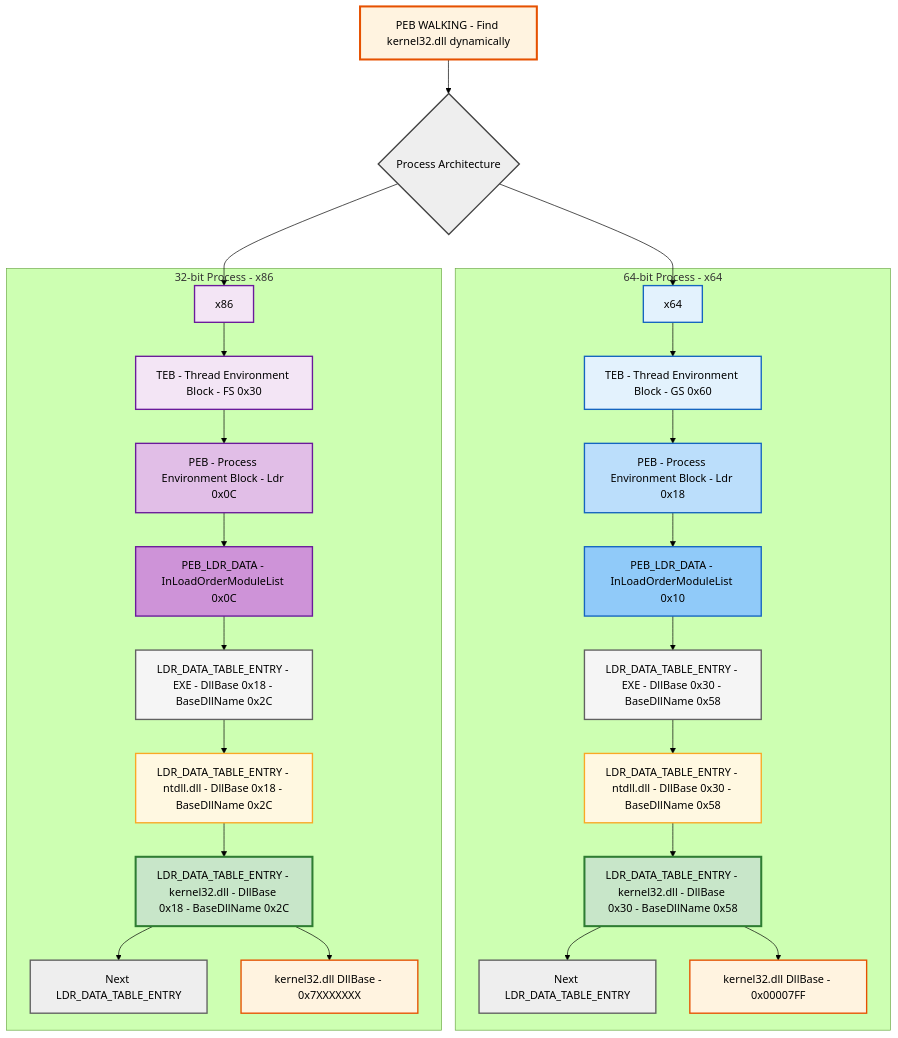
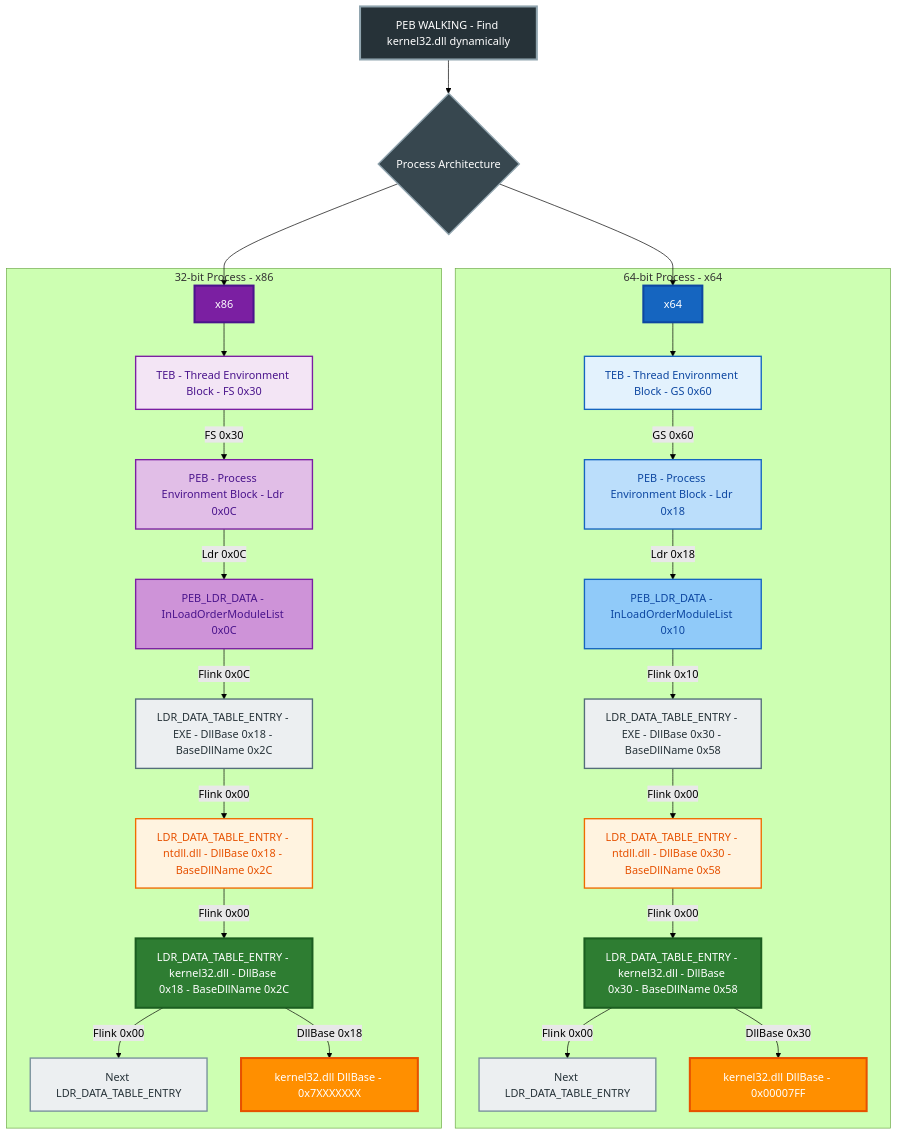
Before and after one commit to adolfcna/ATTvDEF: the second of 2 diagrams in content/Mitre Attack/Resource Development TA0042/Develop Capabilities T1587/Exploit/ShellCode/Windows x64 Assembly.md, drawn with Mermaid (forest theme).

Commit message:
vault backup: 2026-10-06 23:03:36

````diff
--- a/content/Mitre Attack/Resource Development TA0042/Develop Capabilities T1587/Exploit/ShellCode/Windows x64 Assembly.md
+++ b/content/Mitre Attack/Resource Development TA0042/Develop Capabilities T1587/Exploit/ShellCode/Windows x64 Assembly.md
@@ -168,6 +168,7 @@
 START --> ARCH
 ARCH --> X64_START
 ARCH --> X86_START
+
 
 subgraph X64["64-bit Process - x64"]
 
@@ -185,15 +186,16 @@
 BASE64["kernel32.dll DllBase - 0x00007FF"]
 
 X64_START --> TEB64
-TEB64 --> PEB64
-PEB64 --> LDR64
-LDR64 --> EXE64
-EXE64 --> NTDLL64
-NTDLL64 --> K3264
-K3264 --> NEXT64
-K3264 --> BASE64
+TEB64 -->|"GS 0x60"| PEB64
+PEB64 -->|"Ldr 0x18"| LDR64
+LDR64 -->|"Flink 0x10"| EXE64
+EXE64 -->|"Flink 0x00"| NTDLL64
+NTDLL64 -->|"Flink 0x00"| K3264
+K3264 -->|"Flink 0x00"| NEXT64
+K3264 -->|"DllBase 0x30"| BASE64
 
 end
+
 
 subgraph X86["32-bit Process - x86"]
 
@@ -211,45 +213,37 @@
 BASE32["kernel32.dll DllBase - 0x7XXXXXXX"]
 
 X86_START --> TEB32
-TEB32 --> PEB32
-PEB32 --> LDR32
-LDR32 --> EXE32
-EXE32 --> NTDLL32
-NTDLL32 --> K3232
-K3232 --> NEXT32
-K3232 --> BASE32
+TEB32 -->|"FS 0x30"| PEB32
+PEB32 -->|"Ldr 0x0C"| LDR32
+LDR32 -->|"Flink 0x0C"| EXE32
+EXE32 -->|"Flink 0x00"| NTDLL32
+NTDLL32 -->|"Flink 0x00"| K3232
+K3232 -->|"Flink 0x00"| NEXT32
+K3232 -->|"DllBase 0x18"| BASE32
 
 end
 
 
-%% =========================
-%% Styling
-%% =========================
+style START fill:#263238,stroke:#90A4AE,stroke-width:3px,color:#FFFFFF
+style ARCH fill:#37474F,stroke:#90A4AE,stroke-width:2px,color:#FFFFFF
 
-style START fill:#fff3e0,stroke:#e65100,stroke-width:3px
-style ARCH fill:#eeeeee,stroke:#424242,stroke-width:2px
+style X64_START fill:#1565C0,stroke:#0D47A1,stroke-width:3px,color:#FFFFFF
+style TEB64 fill:#E3F2FD,stroke:#1565C0,stroke-width:2px,color:#0D47A1
+style PEB64 fill:#BBDEFB,stroke:#1565C0,stroke-width:2px,color:#0D47A1
+style LDR64 fill:#90CAF9,stroke:#1565C0,stroke-width:2px,color:#0D47A1
+style EXE64 fill:#ECEFF1,stroke:#546E7A,stroke-width:2px,color:#263238
+style NTDLL64 fill:#FFF3E0,stroke:#EF6C00,stroke-width:2px,color:#E65100
+style K3264 fill:#2E7D32,stroke:#1B5E20,stroke-width:3px,color:#FFFFFF
+style NEXT64 fill:#ECEFF1,stroke:#78909C,stroke-width:2px,color:#263238
+style BASE64 fill:#FF8F00,stroke:#E65100,stroke-width:3px,color:#FFFFFF
 
-style X64_START fill:#e3f2fd,stroke:#1565c0,stroke-width:2px
-style TEB64 fill:#e3f2fd,stroke:#1565c0,stroke-width:2px
-style PEB64 fill:#bbdefb,stroke:#1565c0,stroke-width:2px
-style LDR64 fill:#90caf9,stroke:#1565c0,stroke-width:2px
-
-style EXE64 fill:#f5f5f5,stroke:#616161,stroke-width:2px
-style NTDLL64 fill:#fff8e1,stroke:#f9a825,stroke-width:2px
-style K3264 fill:#c8e6c9,stroke:#2e7d32,stroke-width:3px
-
-style NEXT64 fill:#eeeeee,stroke:#616161,stroke-width:2px
-style BASE64 fill:#fff3e0,stroke:#e65100,stroke-width:2px
-
-style X86_START fill:#f3e5f5,stroke:#6a1b9a,stroke-width:2px
-style TEB32 fill:#f3e5f5,stroke:#6a1b9a,stroke-width:2px
-style PEB32 fill:#e1bee7,stroke:#6a1b9a,stroke-width:2px
-style LDR32 fill:#ce93d8,stroke:#6a1b9a,stroke-width:2px
-
-style EXE32 fill:#f5f5f5,stroke:#616161,stroke-width:2px
-style NTDLL32 fill:#fff8e1,stroke:#f9a825,stroke-width:2px
-style K3232 fill:#c8e6c9,stroke:#2e7d32,stroke-width:3px
-
-style NEXT32 fill:#eeeeee,stroke:#616161,stroke-width:2px
-style BASE32 fill:#fff3e0,stroke:#e65100,stroke-width:2px
+style X86_START fill:#7B1FA2,stroke:#4A148C,stroke-width:3px,color:#FFFFFF
+style TEB32 fill:#F3E5F5,stroke:#7B1FA2,stroke-width:2px,color:#4A148C
+style PEB32 fill:#E1BEE7,stroke:#7B1FA2,stroke-width:2px,color:#4A148C
+style LDR32 fill:#CE93D8,stroke:#7B1FA2,stroke-width:2px,color:#4A148C
+style EXE32 fill:#ECEFF1,stroke:#546E7A,stroke-width:2px,color:#263238
+style NTDLL32 fill:#FFF3E0,stroke:#EF6C00,stroke-width:2px,color:#E65100
+style K3232 fill:#2E7D32,stroke:#1B5E20,stroke-width:3px,color:#FFFFFF
+style NEXT32 fill:#ECEFF1,stroke:#78909C,stroke-width:2px,color:#263238
+style BASE32 fill:#FF8F00,stroke:#E65100,stroke-width:3px,color:#FFFFFF
 ```
````
